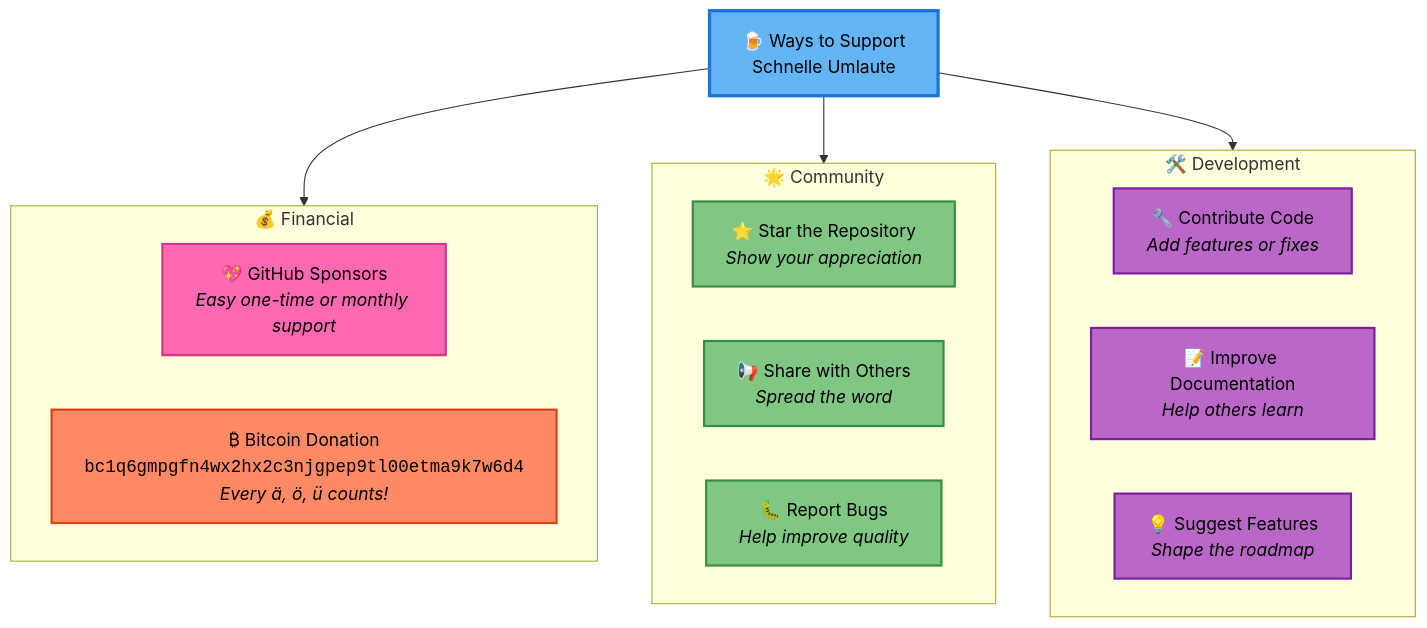
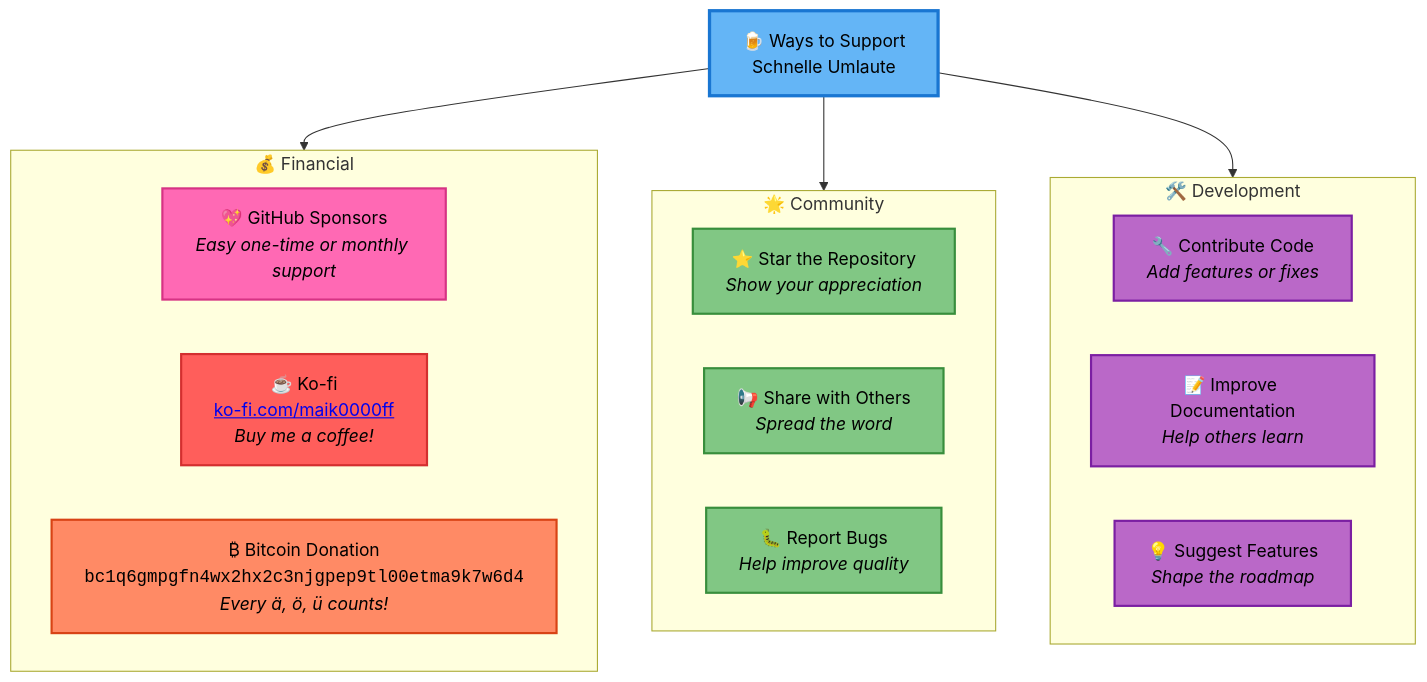
Before and after one commit to Maik-0000FF/schnelle-umlaute: the fifth of 5 diagrams in README.md, drawn with Mermaid. The commit also changed other lines of this file and 1 other file, not shown here.

Commit message:
docs: Add Ko-fi as funding option
- Add ko_fi entry to FUNDING.yml for GitHub Sponsor button
- Add Ko-fi badge to README Support section
- Add Ko-fi node to Support mermaid diagram

````diff
--- a/README.md
+++ b/README.md
@@ -747,35 +748,37 @@
 ```mermaid
 graph TB
     Start["🍺 Ways to Support<br/>Schnelle Umlaute"]
 
     subgraph one["💰 Financial"]
         Sponsor["💖 GitHub Sponsors<br/><i>Easy one-time or monthly support</i>"]
+        Kofi["☕ Ko-fi<br/><a href='https://ko-fi.com/maik0000ff'>ko-fi.com/maik0000ff</a><br/><i>Buy me a coffee!</i>"]
         Bitcoin["₿ Bitcoin Donation<br/><code>bc1q6gmpgfn4wx2hx2c3njgpep9tl00etma9k7w6d4</code><br/><i>Every ä, ö, ü counts!</i>"]
     end
 
     subgraph two["🌟 Community"]
         Star["⭐ Star the Repository<br/><i>Show your appreciation</i>"]
         Share["📢 Share with Others<br/><i>Spread the word</i>"]
         Report["🐛 Report Bugs<br/><i>Help improve quality</i>"]
     end
 
     subgraph three["🛠️ Development"]
         Code["🔧 Contribute Code<br/><i>Add features or fixes</i>"]
         Docs["📝 Improve Documentation<br/><i>Help others learn</i>"]
         Ideas["💡 Suggest Features<br/><i>Shape the roadmap</i>"]
     end
 
     Start --> one
     Start --> two
     Start --> three
 
     style Start fill:#64b5f6,stroke:#1976d2,stroke-width:3px,color:#000
     style Sponsor fill:#ff69b4,stroke:#d63384,stroke-width:2px,color:#000
+    style Kofi fill:#ff5e5b,stroke:#d32f2f,stroke-width:2px,color:#000
     style Bitcoin fill:#ff8a65,stroke:#d84315,stroke-width:2px,color:#000
     style Star fill:#81c784,stroke:#388e3c,stroke-width:2px,color:#000
     style Share fill:#81c784,stroke:#388e3c,stroke-width:2px,color:#000
     style Report fill:#81c784,stroke:#388e3c,stroke-width:2px,color:#000
     style Code fill:#ba68c8,stroke:#7b1fa2,stroke-width:2px,color:#000
     style Docs fill:#ba68c8,stroke:#7b1fa2,stroke-width:2px,color:#000
     style Ideas fill:#ba68c8,stroke:#7b1fa2,stroke-width:2px,color:#000
 ```
````
